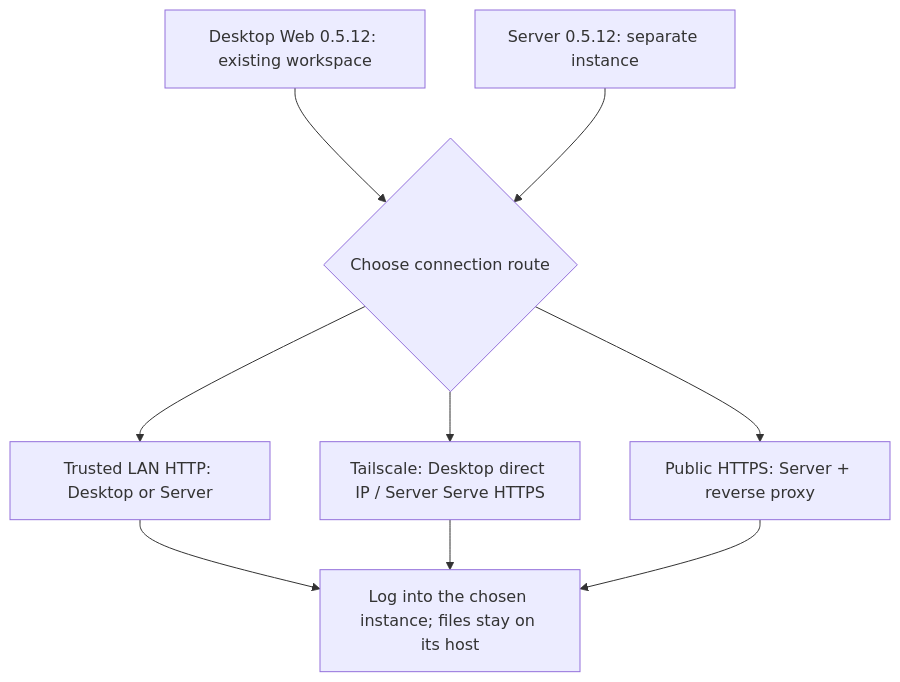
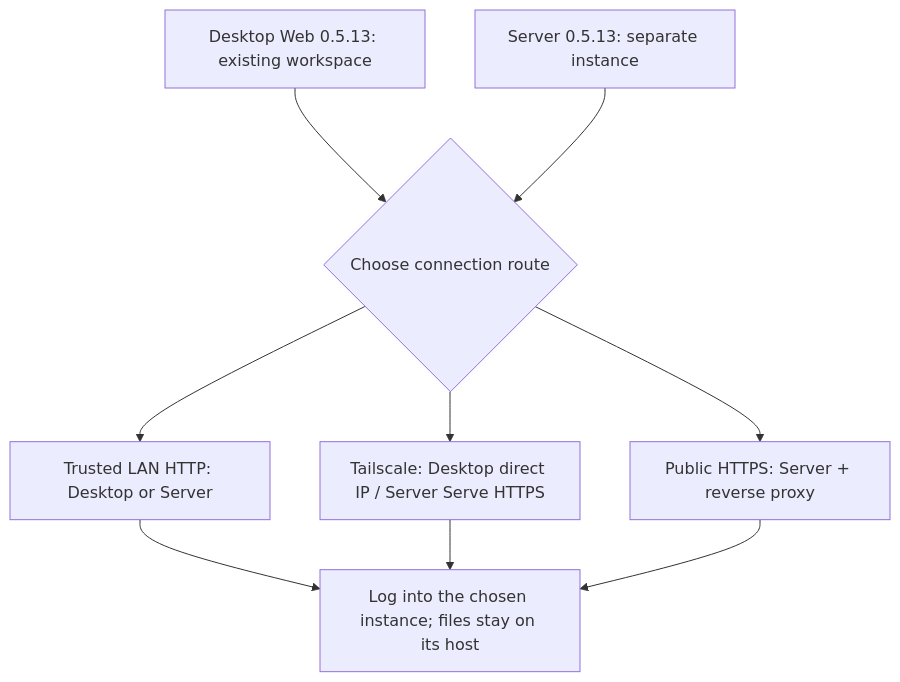
Before and after one commit to murray17/rovai-ai: the diagram in website/site/public/assets/diagrams/deployment-choice-en.mmd, drawn with Mermaid. The commit also changed 10 other files, not shown here.

```diff
--- a/website/site/public/assets/diagrams/deployment-choice-en.mmd
+++ b/website/site/public/assets/diagrams/deployment-choice-en.mmd
@@ -1,12 +1,12 @@
 flowchart TB
-  desktop["Desktop Web 0.5.12: existing workspace"]
-  server["Server 0.5.12: separate instance"]
+  desktop["Desktop Web 0.5.13: existing workspace"]
+  server["Server 0.5.13: separate instance"]
   choice{"Choose connection route"}
   desktop --> choice
   server --> choice
   choice --> lan["Trusted LAN HTTP: Desktop or Server"]
   choice --> ts["Tailscale: Desktop direct IP / Server Serve HTTPS"]
   choice --> public["Public HTTPS: Server + reverse proxy"]
   lan --> login["Log into the chosen instance; files stay on its host"]
   ts --> login
   public --> login
```
